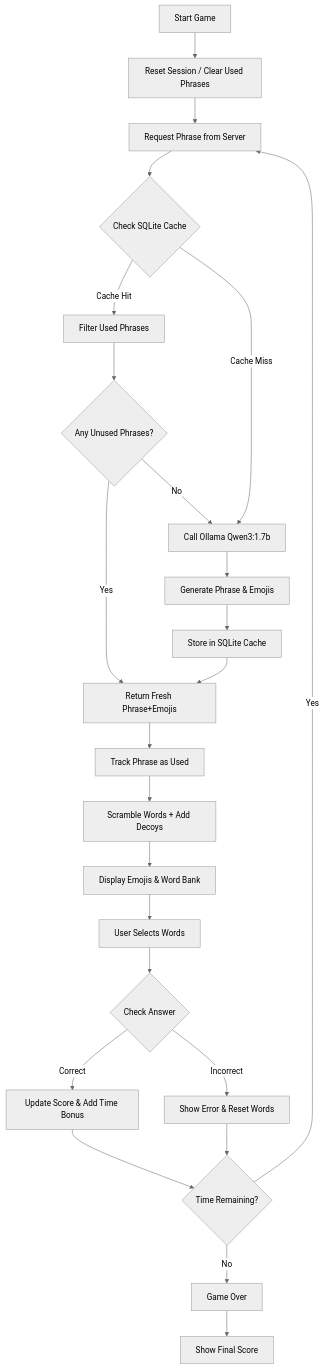
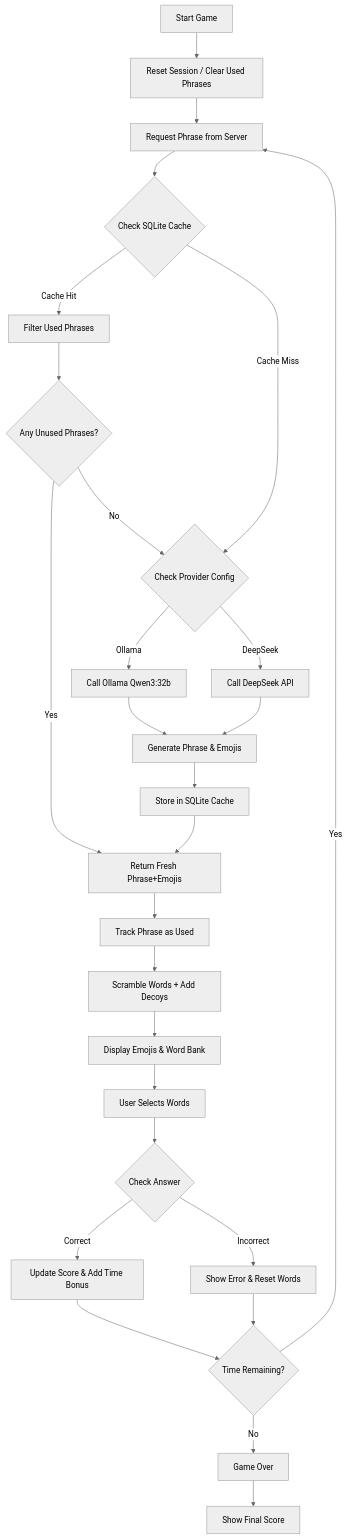
The first of 2 diagrams in architecture.md (yogthos/emojiq), drawn with Mermaid (neutral theme) before and after one commit. The commit also changed other lines of this file, not shown here.

Commit message:
updated architecture doc

````diff
--- a/architecture.md
+++ b/architecture.md
@@ -5,26 +5,29 @@
 ```mermaid
 flowchart TD
     A[Start Game] --> B[Reset Session / Clear Used Phrases]
     B --> C[Request Phrase from Server]
     C --> D{Check SQLite Cache}
     D -->|Cache Hit| E[Filter Used Phrases]
-    D -->|Cache Miss| F[Call Ollama Qwen3:1.7b]
-    E --> G{Any Unused Phrases?}
-    G -->|Yes| H[Return Fresh Phrase+Emojis]
-    G -->|No| F
-    F --> I[Generate Phrase & Emojis]
-    I --> J[Store in SQLite Cache]
-    J --> H
-    H --> K[Track Phrase as Used]
-    K --> L[Scramble Words + Add Decoys]
-    L --> M[Display Emojis & Word Bank]
-    M --> N[User Selects Words]
-    N --> O{Check Answer}
-    O -->|Correct| P[Update Score & Add Time Bonus]
-    O -->|Incorrect| Q[Show Error & Reset Words]
-    P --> R{Time Remaining?}
-    Q --> R
-    R -->|Yes| C
-    R -->|No| S[Game Over]
-    S --> T[Show Final Score]
+    D -->|Cache Miss| F{Check Provider Config}
+    F -->|Ollama| G[Call Ollama Qwen3:32b]
+    F -->|DeepSeek| H[Call DeepSeek API]
+    E --> I{Any Unused Phrases?}
+    I -->|Yes| J[Return Fresh Phrase+Emojis]
+    I -->|No| F
+    G --> K[Generate Phrase & Emojis]
+    H --> K
+    K --> L[Store in SQLite Cache]
+    L --> J
+    J --> M[Track Phrase as Used]
+    M --> N[Scramble Words + Add Decoys]
+    N --> O[Display Emojis & Word Bank]
+    O --> P[User Selects Words]
+    P --> Q{Check Answer}
+    Q -->|Correct| R[Update Score & Add Time Bonus]
+    Q -->|Incorrect| S[Show Error & Reset Words]
+    R --> T{Time Remaining?}
+    S --> T
+    T -->|Yes| C
+    T -->|No| U[Game Over]
+    U --> V[Show Final Score]
 ```
````
